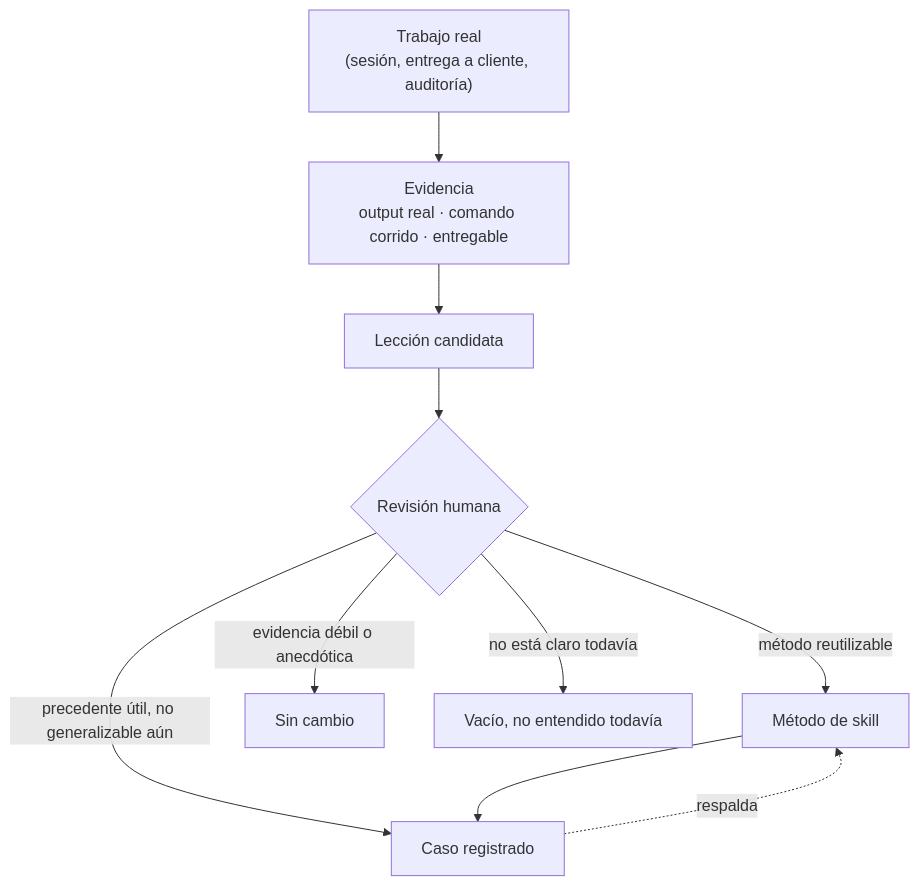
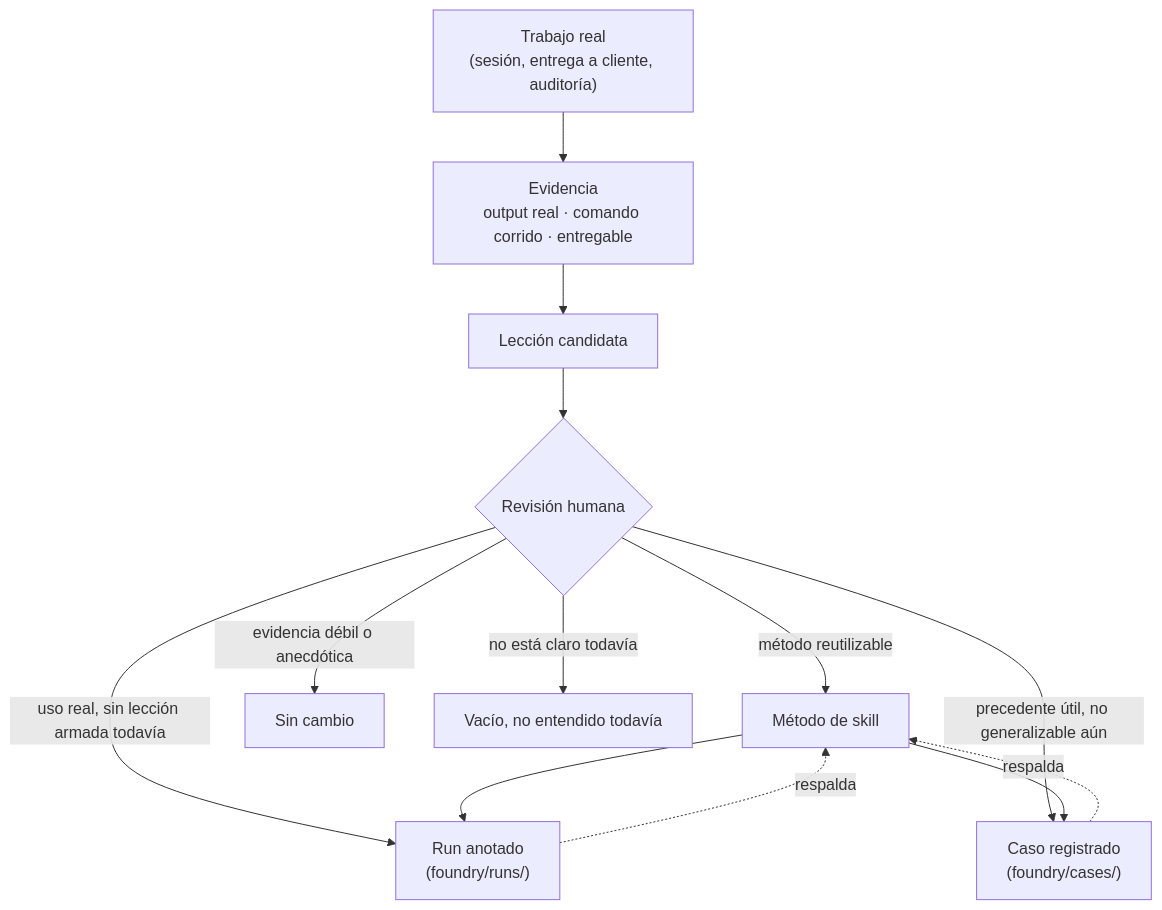
The diagram in foundry/governance.md (NaruXT/skills), drawn with Mermaid before and after one commit. The commit also changed other lines of this file and 3 other files, not shown here.

First line of the commit message:
Add SkillKit integration and foundry/runs/ evidence ledger

````diff
--- a/foundry/governance.md
+++ b/foundry/governance.md
@@ -9,24 +9,28 @@
 ```mermaid
 flowchart TB
   Work["Trabajo real<br/>(sesión, entrega a cliente, auditoría)"]
   Evidence["Evidencia<br/>output real · comando corrido · entregable"]
   Candidate["Lección candidata"]
   Review{"Revisión humana"}
 
   Skill["Método de skill"]
-  Case["Caso registrado"]
+  Run["Run anotado<br/>(foundry/runs/)"]
+  Case["Caso registrado<br/>(foundry/cases/)"]
   Reject["Sin cambio"]
   Gap["Vacío, no entendido todavía"]
 
   Work --> Evidence
   Evidence --> Candidate
   Candidate --> Review
 
   Review -->|método reutilizable| Skill
+  Review -->|uso real, sin lección armada todavía| Run
   Review -->|precedente útil, no generalizable aún| Case
   Review -->|evidencia débil o anecdótica| Reject
   Review -->|no está claro todavía| Gap
 
+  Skill --> Run
   Skill --> Case
+  Run -. respalda .-> Skill
   Case -. respalda .-> Skill
 ```
````
